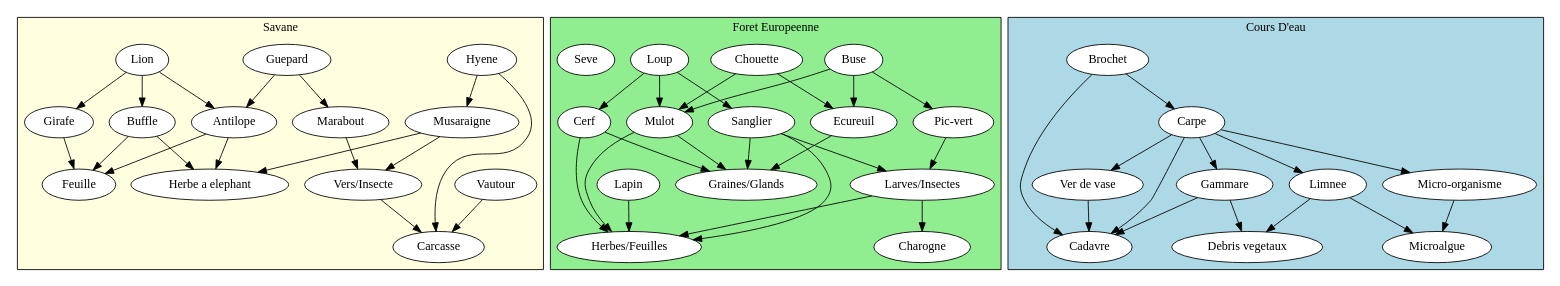
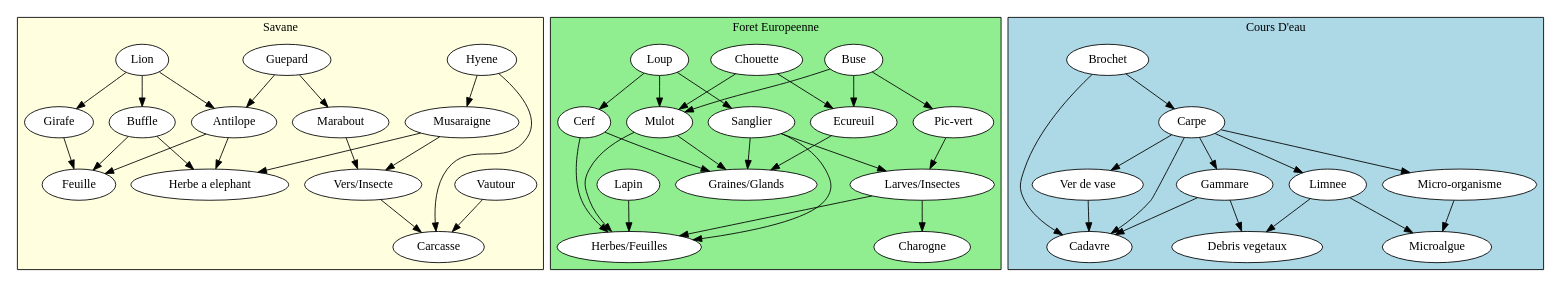
The diagram in test.dot (GTHBgaby/4H-ReseauxTrophiques), drawn with Graphviz before and after one commit.

Commit message:
correction bug schéma

```diff
--- a/test.dot
+++ b/test.dot
@@ -1,147 +1,146 @@
 digraph multigraphe {
     rankdir=TB; // du haut vers le bas
     compound=true;
     newrank=true;
 
     subgraph cluster_0 {
         label = "Savane";
         bgcolor = "lightyellow";
         node [shape=ellipse, style=filled, fillcolor=white];
 
         // Relations
         "Musaraigne" -> "Herbe a elephant"
         "Antilope" -> "Herbe a elephant"
         "Buffle" -> "Herbe a elephant"
 
         "Antilope" -> "Feuille"
         "Buffle" -> "Feuille"
         "Girafe" -> "Feuille"
 
         "Vers/Insecte" -> "Carcasse"
         "Hyene" -> "Carcasse"
         "Vautour" -> "Carcasse"
 
         "Marabout" -> "Vers/Insecte"
         "Musaraigne" -> "Vers/Insecte"
 
         "Guepard" -> "Marabout"
 
         "Hyene" -> "Musaraigne"
 
         "Guepard" -> "Antilope"
         "Lion" -> "Antilope"
 
         "Lion" -> "Buffle"
 
         "Lion" -> "Girafe"
 
         // Force la disposition
         {rank=same; "Herbe a elephant"}
         {rank=same; Feuille}
         {rank=same; Carcasse}
         {rank=same; "Vers/Insecte"}
         {rank=same; Marabout}
         {rank=same; Musaraigne}
         {rank=same; Antilope}
         {rank=same; Buffle}
         {rank=same; Girafe}
         {rank=same; Hyene}
         {rank=same; Guepard}
         {rank=same; Lion}
         {rank=same; Vautour}
         }
 
     subgraph cluster_1 {
         label = "Foret Europeenne";
         bgcolor = "lightgreen";
         node [shape=ellipse, style=filled, fillcolor=white];
 
 
 
 
-"Ecureuil" -> "Graines/Glands"
-"Mulot" -> "Graines/Glands"
-"Cerf" -> "Graines/Glands"
-"Sanglier" -> "Graines/Glands"
+        "Ecureuil" -> "Graines/Glands"
+        "Mulot" -> "Graines/Glands"
+        "Cerf" -> "Graines/Glands"
+        "Sanglier" -> "Graines/Glands"
 
-"Larves/Insectes" -> "Herbes/Feuilles"
-"Lapin" -> "Herbes/Feuilles"
-"Mulot" -> "Herbes/Feuilles"
-"Cerf" -> "Herbes/Feuilles"
-"Sanglier" -> "Herbes/Feuilles"
+        "Larves/Insectes" -> "Herbes/Feuilles"
+        "Lapin" -> "Herbes/Feuilles"
+        "Mulot" -> "Herbes/Feuilles"
+        "Cerf" -> "Herbes/Feuilles"
+        "Sanglier" -> "Herbes/Feuilles"
 
-"Larves/Insectes" -> "Charogne"
+        "Larves/Insectes" -> "Charogne"
 
-"Pic-vert" -> "Larves/Insectes"
-"Sanglier" -> "Larves/Insectes"
+        "Pic-vert" -> "Larves/Insectes"
+        "Sanglier" -> "Larves/Insectes"
 
-"Chouette" -> "Ecureuil"
-"Buse" -> "Ecureuil"
+        "Chouette" -> "Ecureuil"
+        "Buse" -> "Ecureuil"
 
-"Chouette" -> "Mulot"
-"Buse" -> "Mulot"
-"Loup" -> "Mulot"
+        "Chouette" -> "Mulot"
+        "Buse" -> "Mulot"
+        "Loup" -> "Mulot"
 
-"Buse" -> "Pic-vert"
+        "Buse" -> "Pic-vert"
 
-"Loup" -> "Cerf"
-"Loup" -> "Sanglier"
+        "Loup" -> "Cerf"
+        "Loup" -> "Sanglier"
 
         // Force la disposition
         {rank=same; "Graines/Glands"}
         {rank=same; "Herbes/Feuilles"}
-        {rank=same; "Seve"}
         {rank=same; "Charogne"}
         {rank=same; "Larves/Insectes"}
         {rank=same; "Lapin"}
         {rank=same; "Ecureuil"}
         {rank=same; "Mulot"}
         {rank=same; "Pic-vert"}
         {rank=same; "Cerf"}
         {rank=same; "Sanglier"}
         {rank=same; "Chouette"}
         {rank=same; "Buse"}
         {rank=same; "Loup"}
 
     }
 
 
         subgraph cluster_3 {
         label = "Cours D'eau"
         bgcolor = "lightblue";
         node [shape=ellipse, style=filled, fillcolor=white];
 
 
 
 
-"Limnee" -> "Debris vegetaux"
-"Gammare" -> "Debris vegetaux"
+        "Limnee" -> "Debris vegetaux"
+        "Gammare" -> "Debris vegetaux"
 
-"Micro-organisme" -> "Microalgue"
-"Limnee" -> "Microalgue"
+        "Micro-organisme" -> "Microalgue"
+        "Limnee" -> "Microalgue"
 
-"Ver de vase" -> "Cadavre"
-"Gammare" -> "Cadavre"
-"Carpe" -> "Cadavre"
-"Brochet" -> "Cadavre"
+        "Ver de vase" -> "Cadavre"
+        "Gammare" -> "Cadavre"
+        "Carpe" -> "Cadavre"
+        "Brochet" -> "Cadavre"
 
-"Carpe" -> "Ver de vase"
-"Carpe" -> "Micro-organisme"
-"Carpe" -> "Limnee"
-"Carpe" -> "Gammare"
+        "Carpe" -> "Ver de vase"
+        "Carpe" -> "Micro-organisme"
+        "Carpe" -> "Limnee"
+        "Carpe" -> "Gammare"
 
-"Brochet" -> "Carpe"
+        "Brochet" -> "Carpe"
 
 
-    {rank=same; "Debris vegetaux"}
-    {rank=same; "Microalgue"}
-    {rank=same; "Cadavre"}
-    {rank=same; "Ver de vase"}
-    {rank=same; "Micro-organisme"}
-    {rank=same; "Limnee"}
-    {rank=same; "Gammare"}
-    {rank=same; "Brochet"}
+        {rank=same; "Debris vegetaux"}
+        {rank=same; "Microalgue"}
+        {rank=same; "Cadavre"}
+        {rank=same; "Ver de vase"}
+        {rank=same; "Micro-organisme"}
+        {rank=same; "Limnee"}
+        {rank=same; "Gammare"}
+        {rank=same; "Brochet"}
 
 }
 
 }
```
